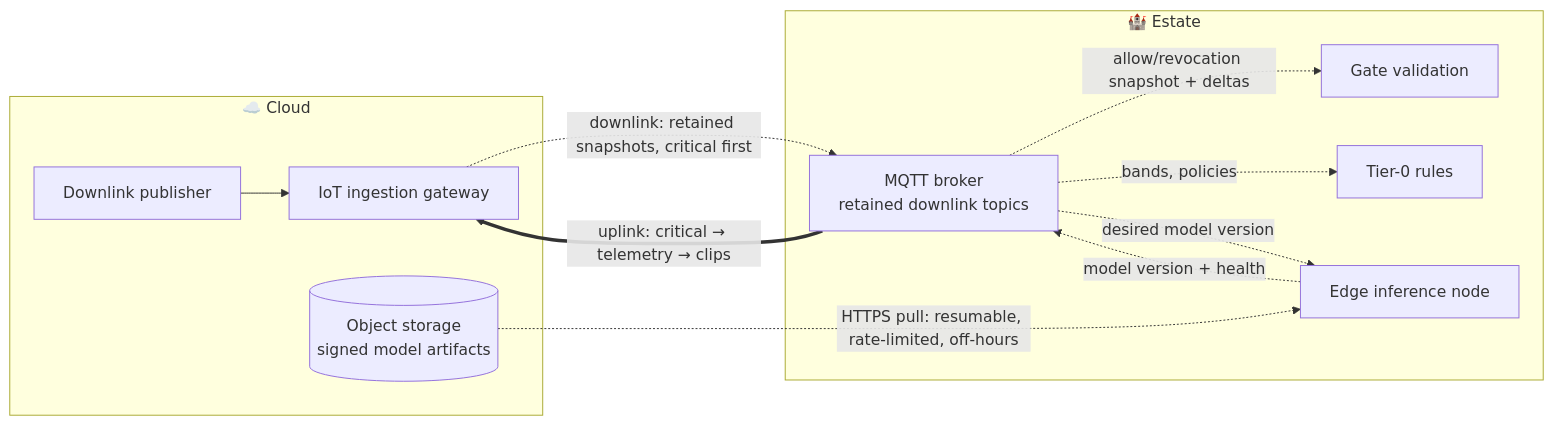
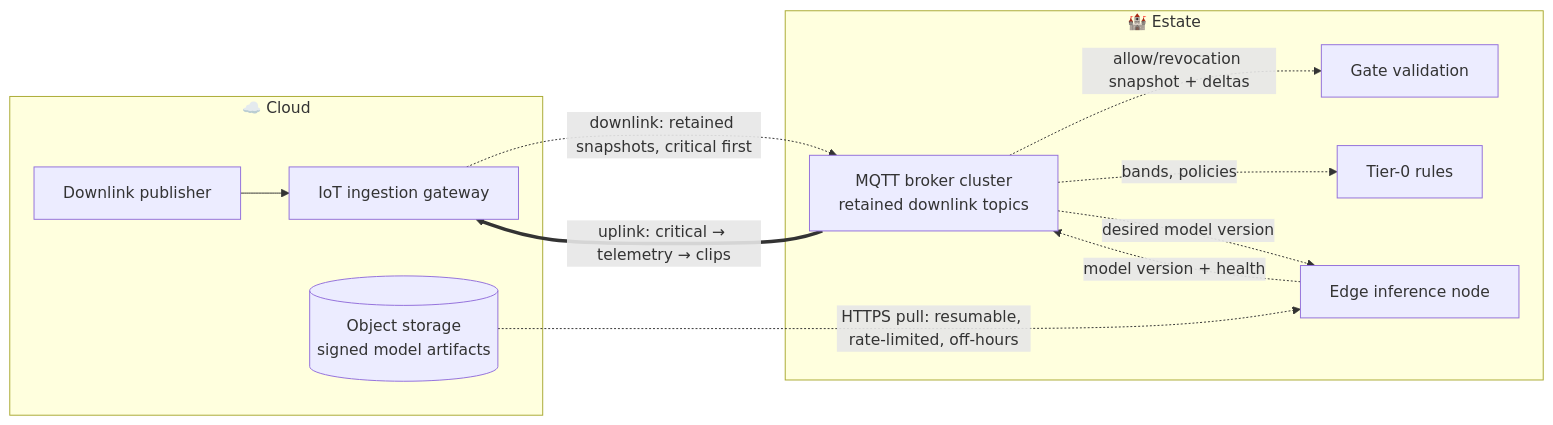
The second of 2 diagrams in hld/core/edge-and-connectivity.md (kr0k/katas), drawn with Mermaid before and after one commit. The commit also changed other lines of this file and 27 other files, not shown here.

First line of the commit message:
docs: implement P2 eng-review tasks + lint script (broker cluster, safety-to-human, thresholds table, TCO, invariants, HR/ticketing externals)

````diff
--- a/hld/core/edge-and-connectivity.md
+++ b/hld/core/edge-and-connectivity.md
@@ -65,22 +73,22 @@
 ```mermaid
 flowchart LR
     subgraph Cloud["☁️ Cloud"]
         Down["Downlink publisher"]
         Ingest["IoT ingestion gateway"]
         Store[("Object storage<br/>signed model artifacts")]
         Down --> Ingest
     end
     subgraph Estate["🏰 Estate"]
-        Broker["MQTT broker<br/>retained downlink topics"]
+        Broker["MQTT broker cluster<br/>retained downlink topics"]
         Gate["Gate validation"]
         Rules["Tier-0 rules"]
         Edge["Edge inference node"]
         Broker -. "allow/revocation snapshot + deltas" .-> Gate
         Broker -. "bands, policies" .-> Rules
         Broker -. "desired model version" .-> Edge
     end
     Broker == "uplink: critical → telemetry → clips" ==> Ingest
     Ingest -. "downlink: retained snapshots, critical first" .-> Broker
     Store -. "HTTPS pull: resumable, rate-limited, off-hours" .-> Edge
     Edge -. "model version + health" .-> Broker
 ```
````
